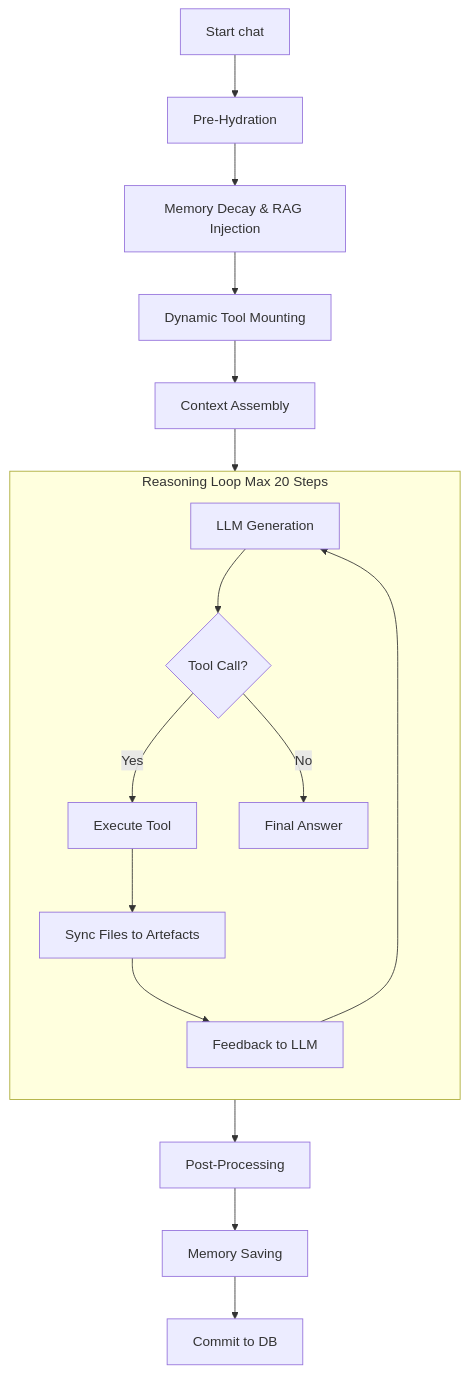
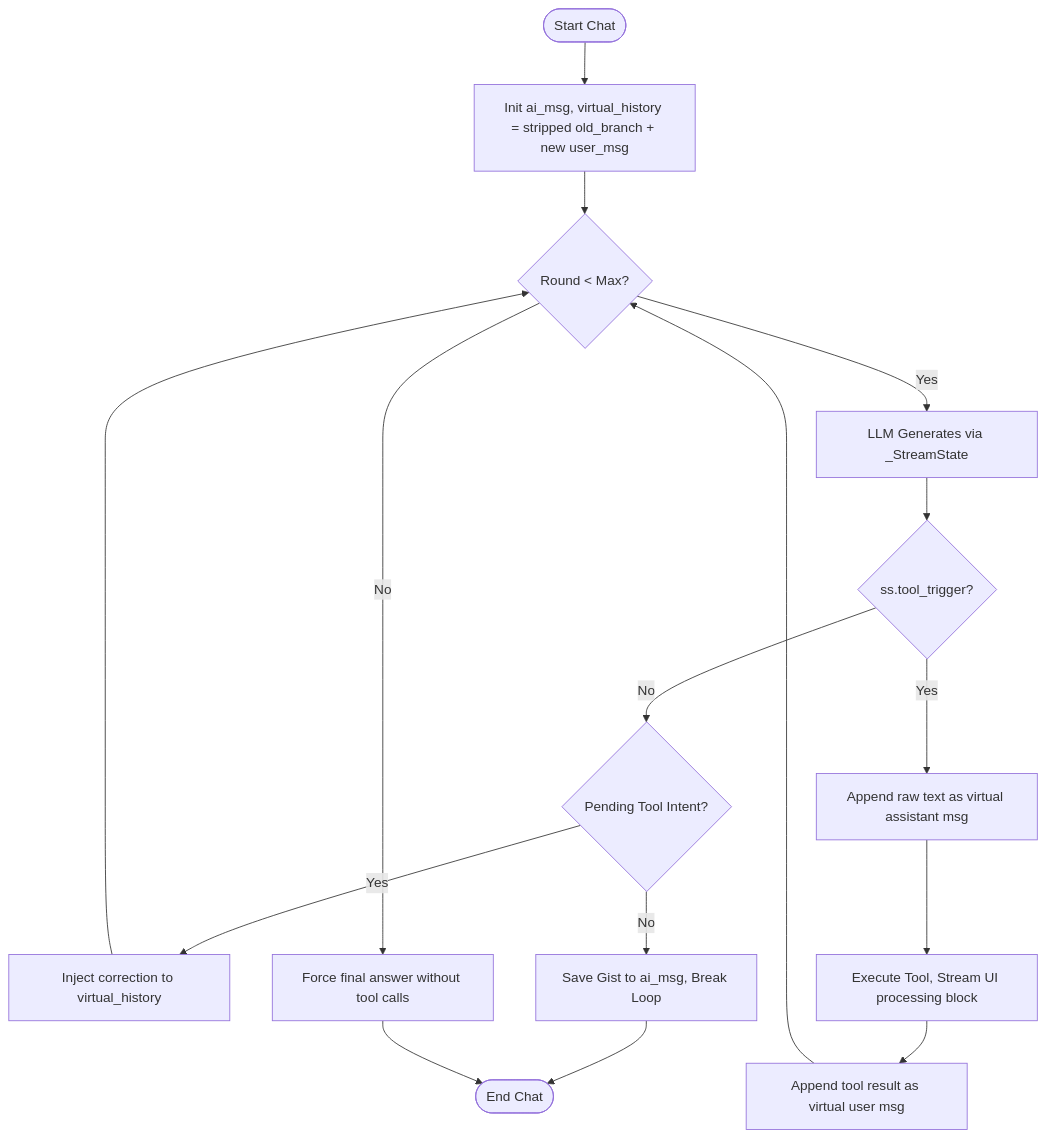
The first of 2 diagrams in src/lollms_client/lollms_discussion/README.md (ParisNeo/lollms_client), drawn with Mermaid before and after one commit. The commit also changed other lines of this file, not shown here.

````diff
--- a/src/lollms_client/lollms_discussion/README.md
+++ b/src/lollms_client/lollms_discussion/README.md
@@ -56,22 +62,28 @@
 ```mermaid
 flowchart TD
-    A[Start chat] --> B[Pre-Hydration]
-    B --> C[Memory Decay & RAG Injection]
-    C --> D[Dynamic Tool Mounting]
-    D --> E[Context Assembly]
-    E --> F[Reasoning Loop]
+    Start([Start Chat]) --> Init[Init ai_msg, virtual_history = stripped old_branch + new user_msg]
+    Init --> Loop{Round < Max?}
     
-    subgraph F [Reasoning Loop Max 20 Steps]
-        direction TB
-        F1[LLM Generation] --> F2{Tool Call?}
-        F2 -- Yes --> F3[Execute Tool]
-        F3 --> F4[Sync Files to Artefacts]
-        F4 --> F5[Feedback to LLM]
-        F5 --> F1
-        F2 -- No --> F6[Final Answer]
-    end
+    Loop -- Yes --> Gen[LLM Generates via _StreamState]
+    Gen --> HasTool{ss.tool_trigger?}
     
-    F --> G[Post-Processing]
-    G --> H[Memory Saving]
-    H --> I[Commit to DB]
+    HasTool -- No --> CheckIntent{Pending Tool Intent?}
+    
+    %% Intent Check Branch
+    CheckIntent -- Yes --> InjectCorrection[Inject correction to virtual_history]
+    InjectCorrection --> Loop
+    
+    %% Finalization Branch
+    CheckIntent -- No --> Finalize[Save Gist to ai_msg, Break Loop]
+    Finalize --> End([End Chat])
+    
+    %% Tool Execution Branch
+    HasTool -- Yes --> AppendVA[Append raw text as virtual assistant msg]
+    AppendVA --> Exec[Execute Tool, Stream UI processing block]
+    Exec --> AppendVU[Append tool result as virtual user msg]
+    AppendVU --> Loop
+    
+    %% Max Rounds Branch
+    Loop -- No --> ForceFinal[Force final answer without tool calls]
+    ForceFinal --> End
 ```
````
